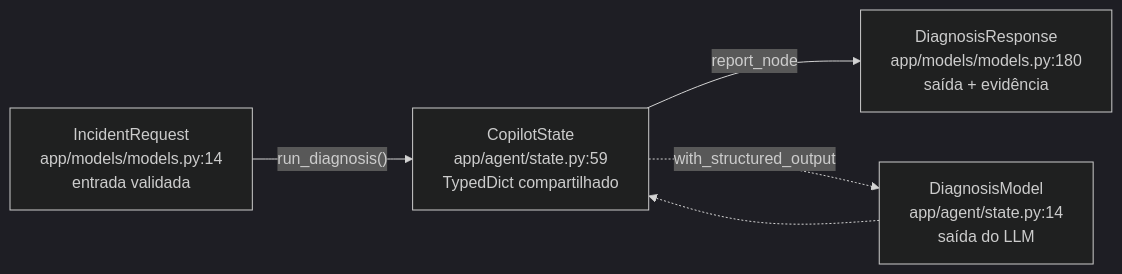
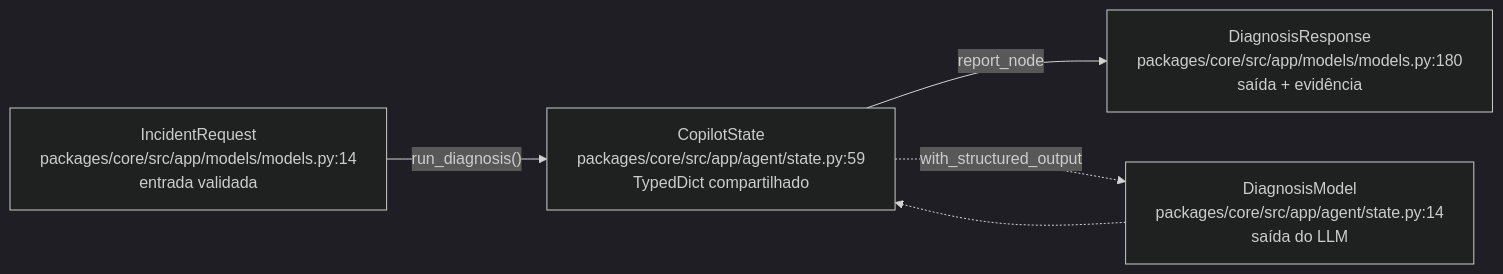
The fourth of 14 diagrams in docs/MANUAL.md (marcos-slima/integration-incident-copilot), drawn with Mermaid (dark theme) before and after one commit. The commit also changed other lines of this file and 53 other files, not shown here.

````diff
--- a/docs/MANUAL.md
+++ b/docs/MANUAL.md
@@ -332,7 +332,7 @@
 ```mermaid
 flowchart LR
-    REQ["IncidentRequest<br/>app/models/models.py:14<br/>entrada validada"] -->|"run_diagnosis()"| ST["CopilotState<br/>app/agent/state.py:59<br/>TypedDict compartilhado"]
-    ST -->|"report_node"| RES["DiagnosisResponse<br/>app/models/models.py:180<br/>saída + evidência"]
-    ST -.->|"with_structured_output"| DM["DiagnosisModel<br/>app/agent/state.py:14<br/>saída do LLM"]
+    REQ["IncidentRequest<br/>packages/core/src/app/models/models.py:14<br/>entrada validada"] -->|"run_diagnosis()"| ST["CopilotState<br/>packages/core/src/app/agent/state.py:59<br/>TypedDict compartilhado"]
+    ST -->|"report_node"| RES["DiagnosisResponse<br/>packages/core/src/app/models/models.py:180<br/>saída + evidência"]
+    ST -.->|"with_structured_output"| DM["DiagnosisModel<br/>packages/core/src/app/agent/state.py:14<br/>saída do LLM"]
     DM -.-> ST
 ```
````
